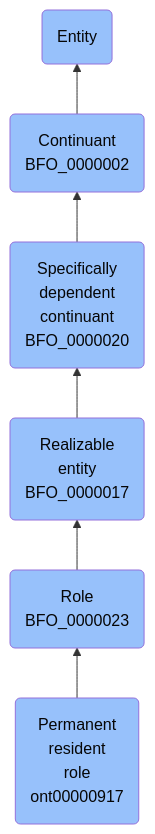
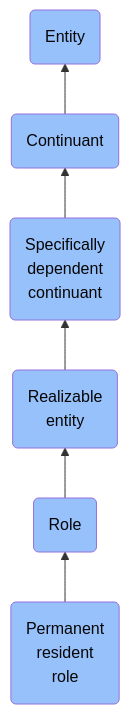
Before and after one commit to jupyter-naas/abi: the diagram in docs/ontology/reference/model/Entity/Continuant/Specifically dependent continuant/Realizable entity/Role/Permanent resident role/Permanent resident role.md, drawn with Mermaid. The commit also changed other lines of this file and 1430 other files, not shown here.

````diff
--- a/docs/ontology/reference/model/Entity/Continuant/Specifically dependent continuant/Realizable entity/Role/Permanent resident role/Permanent resident role.md
+++ b/docs/ontology/reference/model/Entity/Continuant/Specifically dependent continuant/Realizable entity/Role/Permanent resident role/Permanent resident role.md
@@ -24,13 +24,13 @@
 ```mermaid
 graph BT
-    ont00000917(Permanent<br>resident<br>role<br>ont00000917):::BFO-->BFO_0000023
-    BFO_0000023(Role<br>BFO_0000023):::BFO-->BFO_0000017
-    BFO_0000017(Realizable<br>entity<br>BFO_0000017):::BFO-->BFO_0000020
-    BFO_0000020(Specifically<br>dependent<br>continuant<br>BFO_0000020):::BFO-->BFO_0000002
-    BFO_0000002(Continuant<br>BFO_0000002):::BFO-->BFO_0000001
+    ont00000917(Permanent<br>resident<br>role):::BFO-->BFO_0000023
+    BFO_0000023(Role):::BFO-->BFO_0000017
+    BFO_0000017(Realizable<br>entity):::BFO-->BFO_0000020
+    BFO_0000020(Specifically<br>dependent<br>continuant):::BFO-->BFO_0000002
+    BFO_0000002(Continuant):::BFO-->BFO_0000001
     BFO_0000001(Entity):::BFO
     
     classDef BFO fill:#97c1fb,color:#060606
     classDef CCO fill:#e4c51e,color:#060606
     classDef ABI fill:#48DD82,color:#060606
 ```
````
